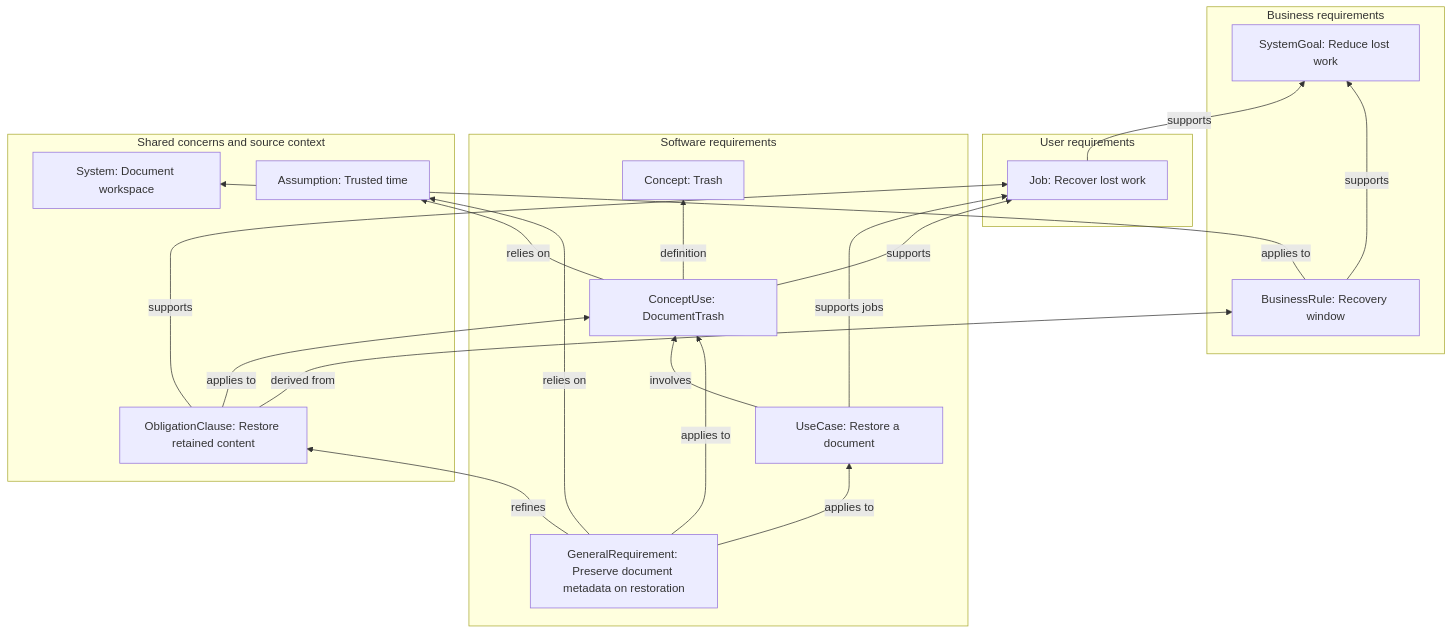
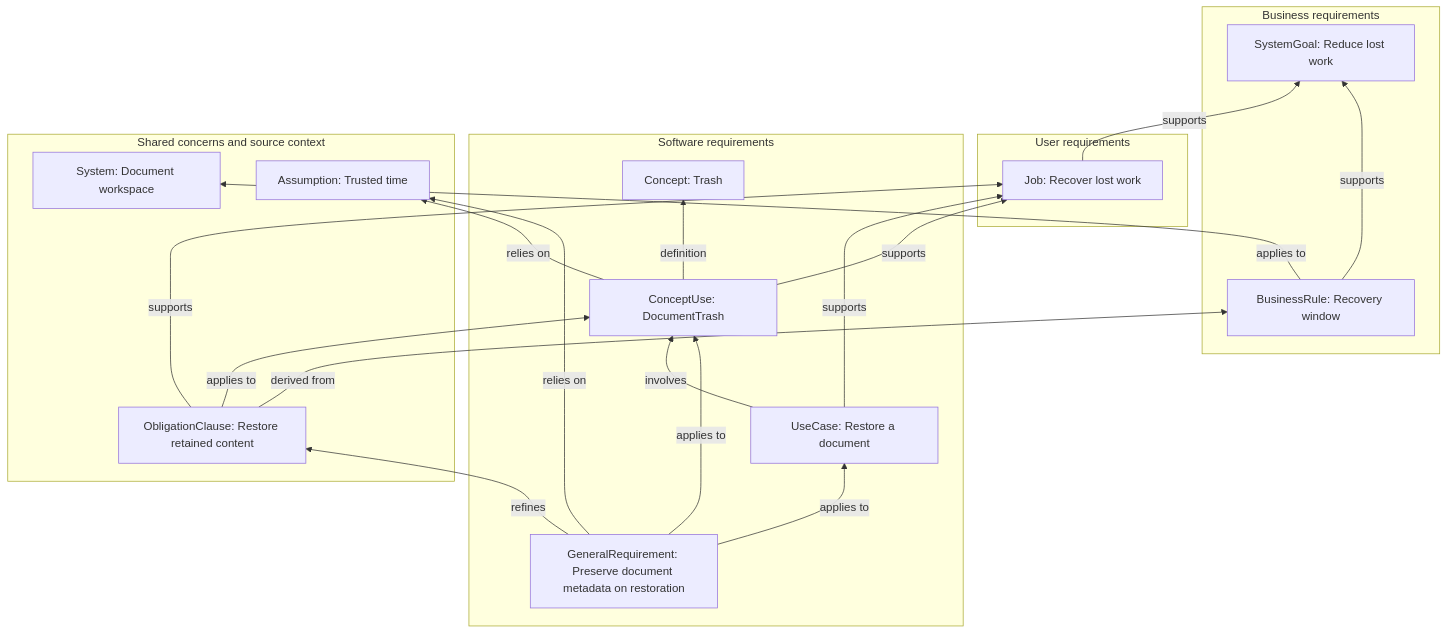
Before and after one commit to craigsmitham/dotspec: the diagram in docs/reference/requirements-traceability-example.md, drawn with Mermaid. The commit also changed other lines of this file and 110 other files, not shown here.

````diff
--- a/docs/reference/requirements-traceability-example.md
+++ b/docs/reference/requirements-traceability-example.md
@@ -33,36 +33,36 @@
 ```mermaid
 flowchart BT
     subgraph g0["Business requirements"]
         n0["BusinessRule: Recovery window"]
         n6["SystemGoal: Reduce lost work"]
     end
     subgraph g1["User requirements"]
         n2["Job: Recover lost work"]
     end
     subgraph g2["Software requirements"]
         n1["Concept: Trash"]
         n3["GeneralRequirement: Preserve document metadata on restoration"]
         n5["ConceptUse: DocumentTrash"]
         n8["UseCase: Restore a document"]
     end
     subgraph g3["Shared concerns and source context"]
         n4["System: Document workspace"]
         n7["Assumption: Trusted time"]
         n9["ObligationClause: Restore retained content"]
     end
     n0 -->|"supports"| n6
     n0 -->|"applies to"| n4
     n2 -->|"supports"| n6
     n3 -->|"refines"| n9
     n3 -->|"relies on"| n7
     n3 -->|"applies to"| n8
     n3 -->|"applies to"| n5
     n5 -->|"supports"| n2
     n5 -->|"relies on"| n7
     n5 -->|"definition"| n1
-    n8 -->|"supports jobs"| n2
+    n8 -->|"supports"| n2
     n8 -->|"involves"| n5
     n9 -->|"supports"| n2
     n9 -->|"derived from"| n0
     n9 -->|"applies to"| n5
 ```
````
